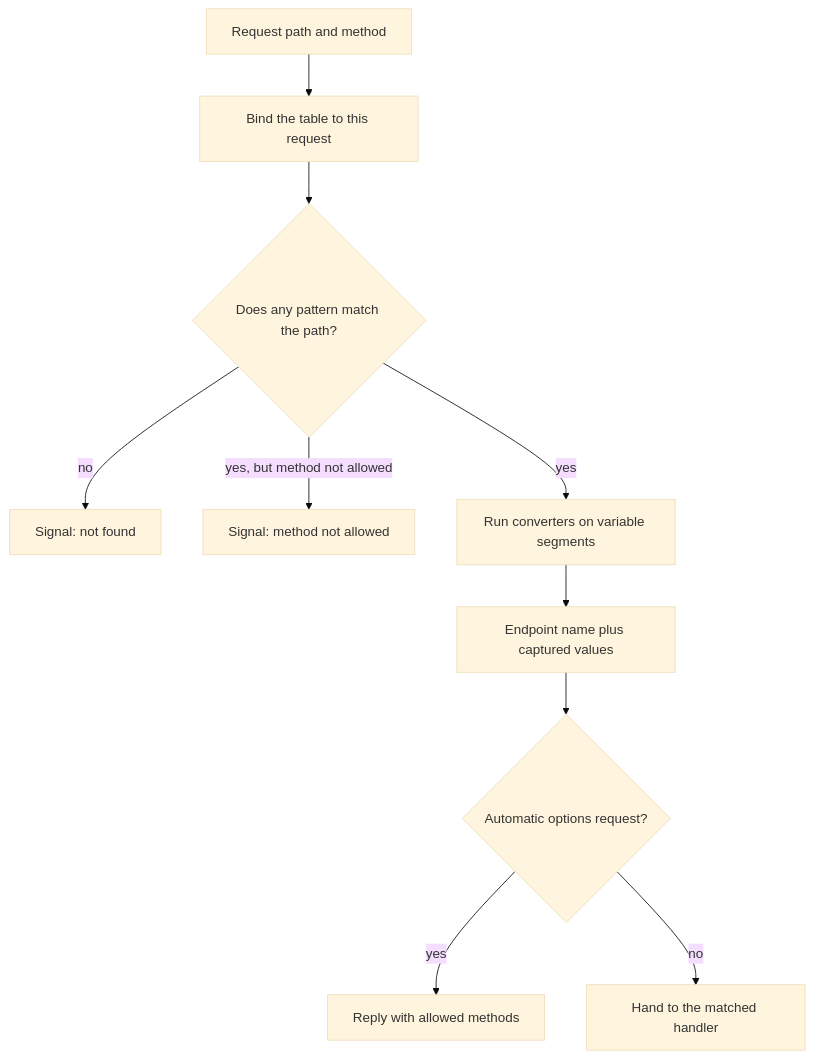
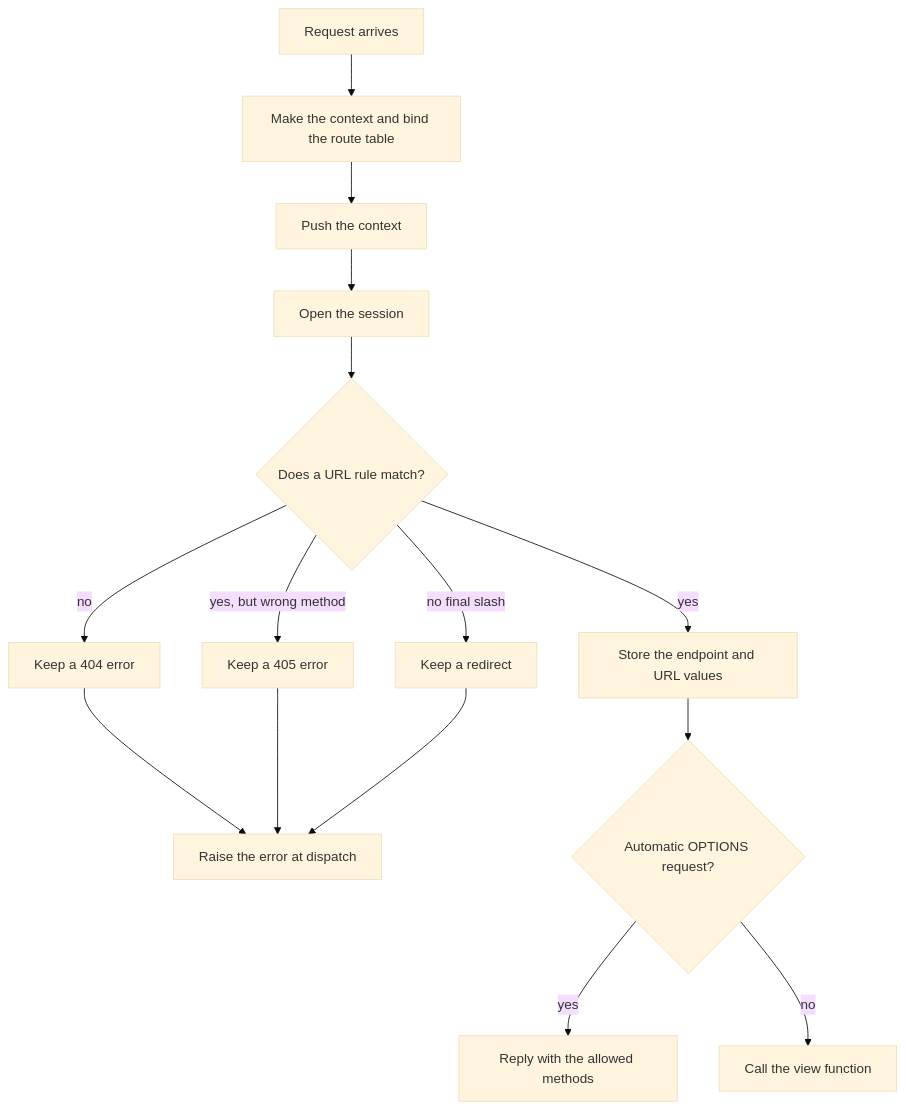
Before and after one commit to KeunwooPark/cluedoc: the second of 3 diagrams in docs/examples/flask/.cluedoc/routing-and-url-building/README.md, drawn with Mermaid (base theme). The commit also changed other lines of this file and 22 other files, not shown here.

````diff
--- a/docs/examples/flask/.cluedoc/routing-and-url-building/README.md
+++ b/docs/examples/flask/.cluedoc/routing-and-url-building/README.md
@@ -51,12 +57,17 @@
 ```mermaid
 flowchart TD
-    IN[Request path and method] --> ADAPT[Bind the table to this request]
-    ADAPT --> TRY{Does any pattern match the path?}
-    TRY -->|no| NF[Signal: not found]
-    TRY -->|yes, but method not allowed| NA[Signal: method not allowed]
-    TRY -->|yes| CONV[Run converters on variable segments]
-    CONV --> RES[Endpoint name plus captured values]
-    RES --> AUTO{Automatic options request?}
-    AUTO -->|yes| OPT[Reply with allowed methods]
-    AUTO -->|no| DISPATCH[Hand to the matched handler]
+    IN["Request arrives"] --> BIND["Make the context and bind the route table"]
+    BIND --> PUSH["Push the context"]
+    PUSH --> SESS["Open the session"]
+    SESS --> TRY{"Does a URL rule match?"}
+    TRY -->|"no"| NF["Keep a 404 error"]
+    TRY -->|"yes, but wrong method"| NA["Keep a 405 error"]
+    TRY -->|"no final slash"| RD["Keep a redirect"]
+    TRY -->|"yes"| RES["Store the endpoint and URL values"]
+    NF --> LATER["Raise the error at dispatch"]
+    NA --> LATER
+    RD --> LATER
+    RES --> AUTO{"Automatic OPTIONS request?"}
+    AUTO -->|"yes"| OPT["Reply with the allowed methods"]
+    AUTO -->|"no"| CALL["Call the view function"]
 ```
````
